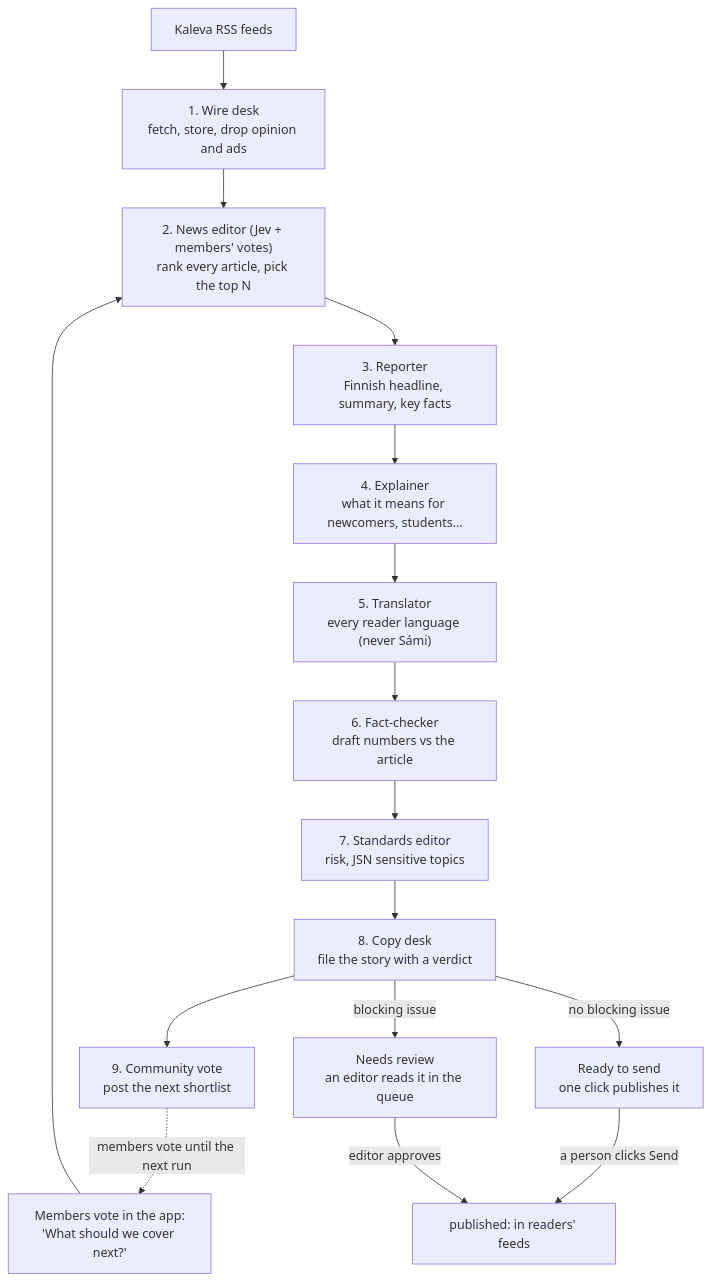
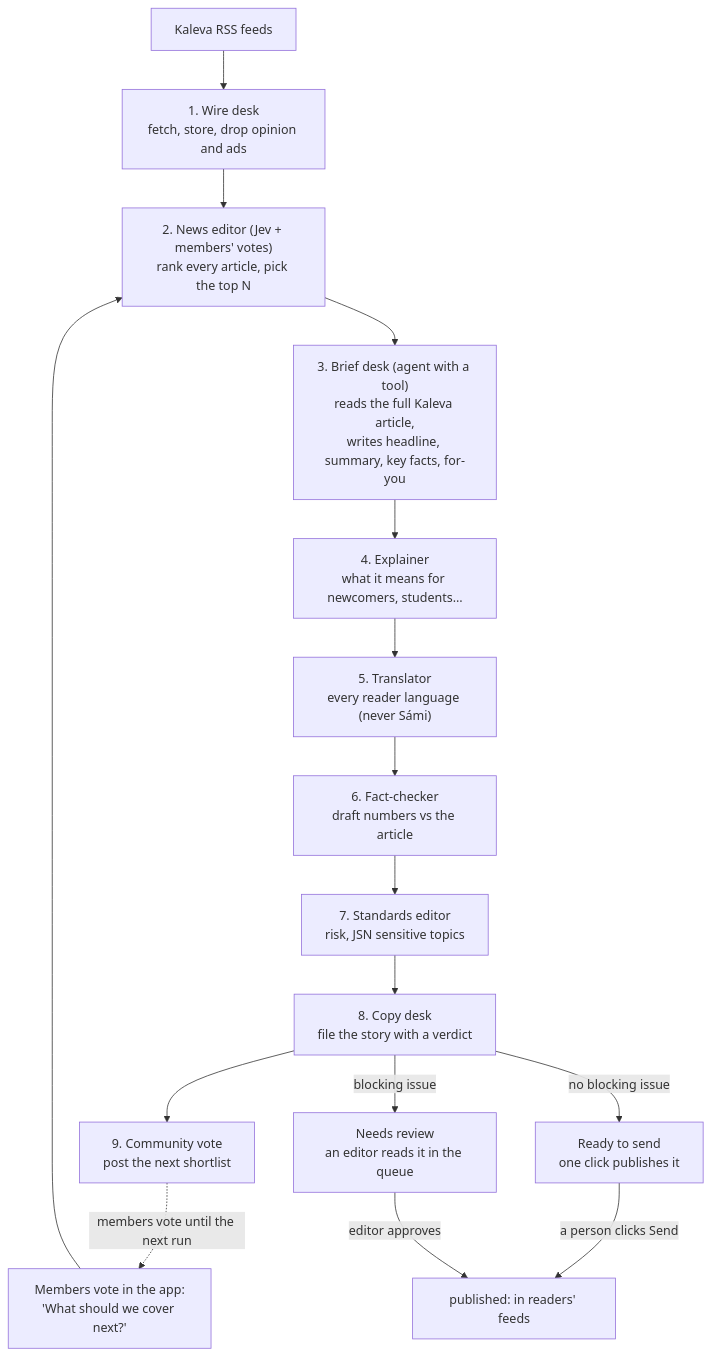
One commit to Mesbahul-Islam/junction-oulu-2026 changed the second of 3 diagrams in docs/GUIDE.md. Above: the diagram before and after it, drawn with Mermaid. The commit also changed other lines of this file and 8 other files, not shown here.

First line of the commit message:
Brief desk reads the full Kaleva article with a tool

````diff
--- a/docs/GUIDE.md
+++ b/docs/GUIDE.md
@@ -173,18 +173,18 @@
 ```mermaid
 flowchart TD
     K["Kaleva RSS feeds"] --> W["1. Wire desk<br/>fetch, store, drop opinion and ads"]
     V["Members vote in the app:<br/>'What should we cover next?'"] --> N
     W --> N["2. News editor (Jev + members' votes)<br/>rank every article, pick the top N"]
-    N --> R["3. Reporter<br/>Finnish headline, summary, key facts"]
+    N --> R["3. Brief desk (agent with a tool)<br/>reads the full Kaleva article,<br/>writes headline, summary, key facts, for-you"]
     R --> E["4. Explainer<br/>what it means for newcomers, students…"]
     E --> T["5. Translator<br/>every reader language (never Sámi)"]
     T --> F["6. Fact-checker<br/>draft numbers vs the article"]
     F --> S["7. Standards editor<br/>risk, JSN sensitive topics"]
     S --> C["8. Copy desk<br/>file the story with a verdict"]
     C --> CV["9. Community vote<br/>post the next shortlist"]
     CV -.->|"members vote until the next run"| V
     C -->|"no blocking issue"| RD["Ready to send<br/>one click publishes it"]
     C -->|"blocking issue"| NR["Needs review<br/>an editor reads it in the queue"]
     RD -->|"a person clicks Send"| PUB["published: in readers' feeds"]
     NR -->|"editor approves"| PUB
 ```
````
